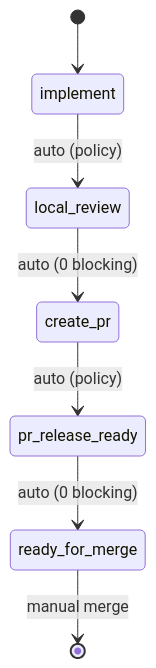
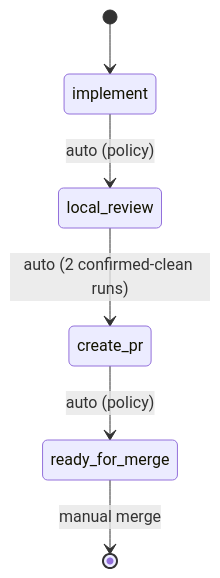
Before and after one commit to OmniNode-ai/omniclaude: the diagram in plugins/onex/skills/ticket-pipeline/SKILL.md, drawn with Mermaid. The commit also changed other lines of this file and 6 other files, not shown here.

````diff
--- a/plugins/onex/skills/ticket-pipeline/SKILL.md
+++ b/plugins/onex/skills/ticket-pipeline/SKILL.md
@@ -49,9 +49,8 @@
 ```mermaid
 stateDiagram-v2
     [*] --> implement
     implement --> local_review : auto (policy)
-    local_review --> create_pr : auto (0 blocking)
-    create_pr --> pr_release_ready : auto (policy)
-    pr_release_ready --> ready_for_merge : auto (0 blocking)
+    local_review --> create_pr : auto (2 confirmed-clean runs)
+    create_pr --> ready_for_merge : auto (policy)
     ready_for_merge --> [*] : manual merge
 ```
````
